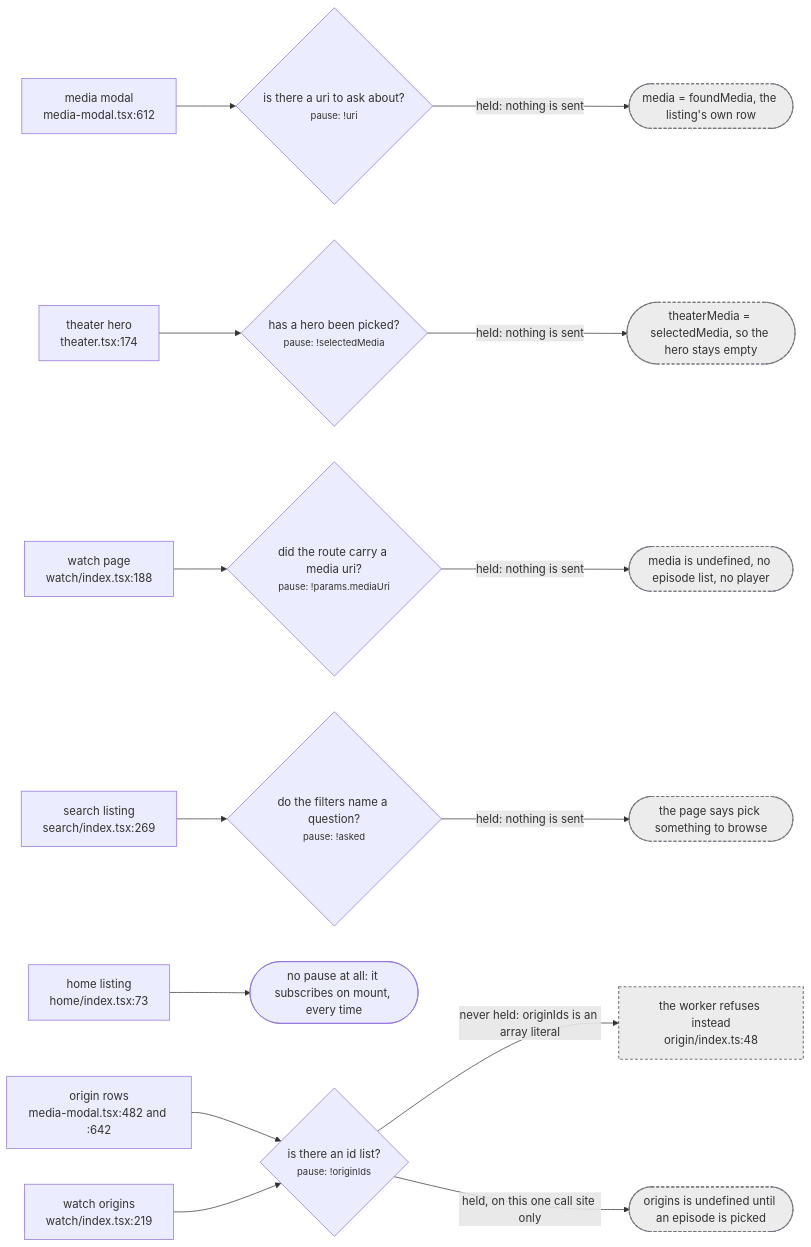
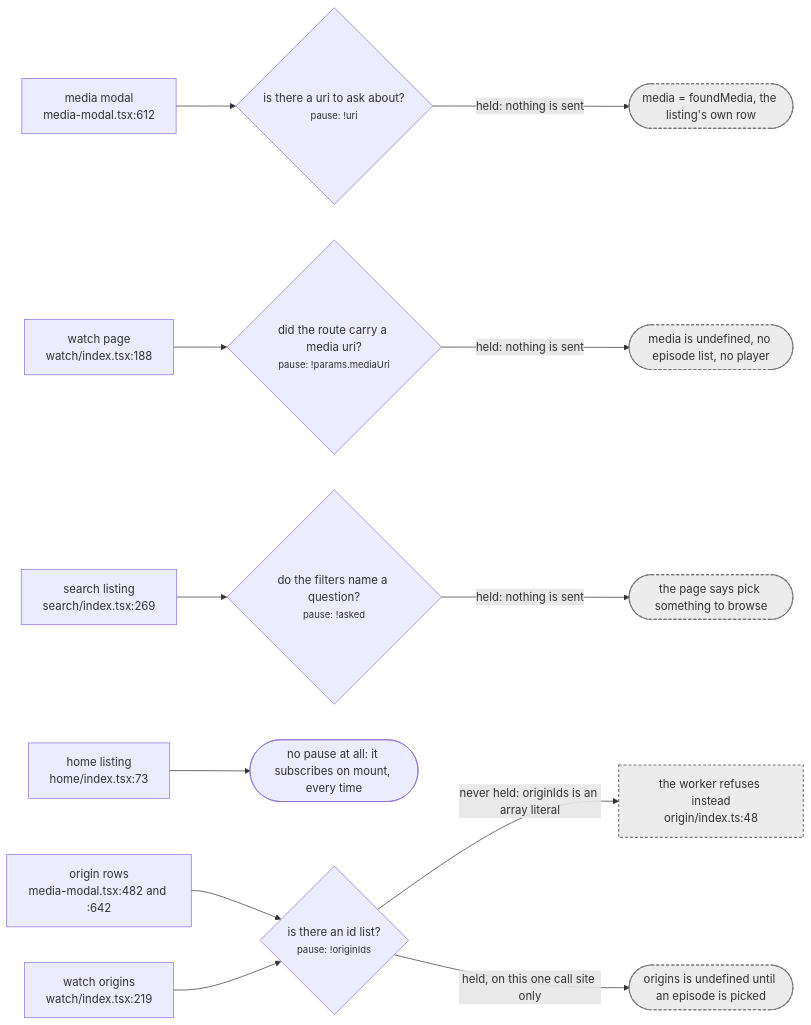
Before and after one commit to banou26/stub: the third of 4 diagrams in docs/src/content/docs/request/page-to-worker.md, drawn with Mermaid. The commit also changed other lines of this file and 3 other files, not shown here.

````diff
--- a/docs/src/content/docs/request/page-to-worker.md
+++ b/docs/src/content/docs/request/page-to-worker.md
@@ -251,21 +245,19 @@
 ```mermaid
 flowchart LR
   M["media modal<br/>media-modal.tsx:612"] --> MD{"is there a uri to ask about?<br/><small>pause: !uri</small>"}
   MD -->|"held: nothing is sent"| MR(["media = foundMedia, the listing's own row"])
-  T["theater hero<br/>theater.tsx:174"] --> TD{"has a hero been picked?<br/><small>pause: !selectedMedia</small>"}
-  TD -->|"held: nothing is sent"| TR(["theaterMedia = selectedMedia, so the hero stays empty"])
   W["watch page<br/>watch/index.tsx:188"] --> WD{"did the route carry a media uri?<br/><small>pause: !params.mediaUri</small>"}
   WD -->|"held: nothing is sent"| WR(["media is undefined, no episode list, no player"])
   S["search listing<br/>search/index.tsx:269"] --> SD{"do the filters name a question?<br/><small>pause: !asked</small>"}
   SD -->|"held: nothing is sent"| SR(["the page says pick something to browse"])
   H["home listing<br/>home/index.tsx:73"] --> HN(["no pause at all: it subscribes on mount, every time"])
   O["origin rows<br/>media-modal.tsx:482 and :642"] --> OD{"is there an id list?<br/><small>pause: !originIds</small>"}
   OD -->|"never held: originIds is an array literal"| OW["the worker refuses instead<br/>origin/index.ts:48"]
   V["watch origins<br/>watch/index.tsx:219"] --> OD
   OD -->|"held, on this one call site only"| OR(["origins is undefined until an episode is picked"])
   classDef irrev fill:#e0796f22,stroke:#c9564a,stroke-width:1.5px
   classDef ratchet fill:#f2b45c22,stroke:#b8801f,stroke-width:1.5px
   classDef view fill:#6b95cd22,stroke:#4572b5,stroke-width:1.5px
   classDef refuse fill:#74757c22,stroke:#74757c,stroke-width:1.5px,stroke-dasharray:4 3
-  class MR,TR,WR,SR,OR,OW refuse
+  class MR,WR,SR,OR,OW refuse
 ```
````
